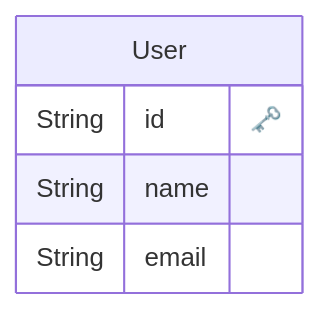
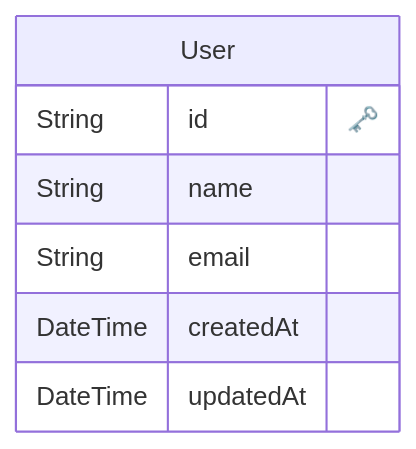
One commit to SokiKawashima/ddd-template changed the diagram in applications/pkgs/infrastructure/prisma/ER-Diagram.gen.md. Above: the diagram before and after it, drawn with Mermaid. The commit also changed 9 other files, not shown here.

````diff
--- a/applications/pkgs/infrastructure/prisma/ER-Diagram.gen.md
+++ b/applications/pkgs/infrastructure/prisma/ER-Diagram.gen.md
@@ -1,10 +1,12 @@
 ```mermaid
 erDiagram
 
   "User" {
     String id "🗝️"
     String name 
     String email 
+    DateTime createdAt 
+    DateTime updatedAt 
     }
   
 ```
````
